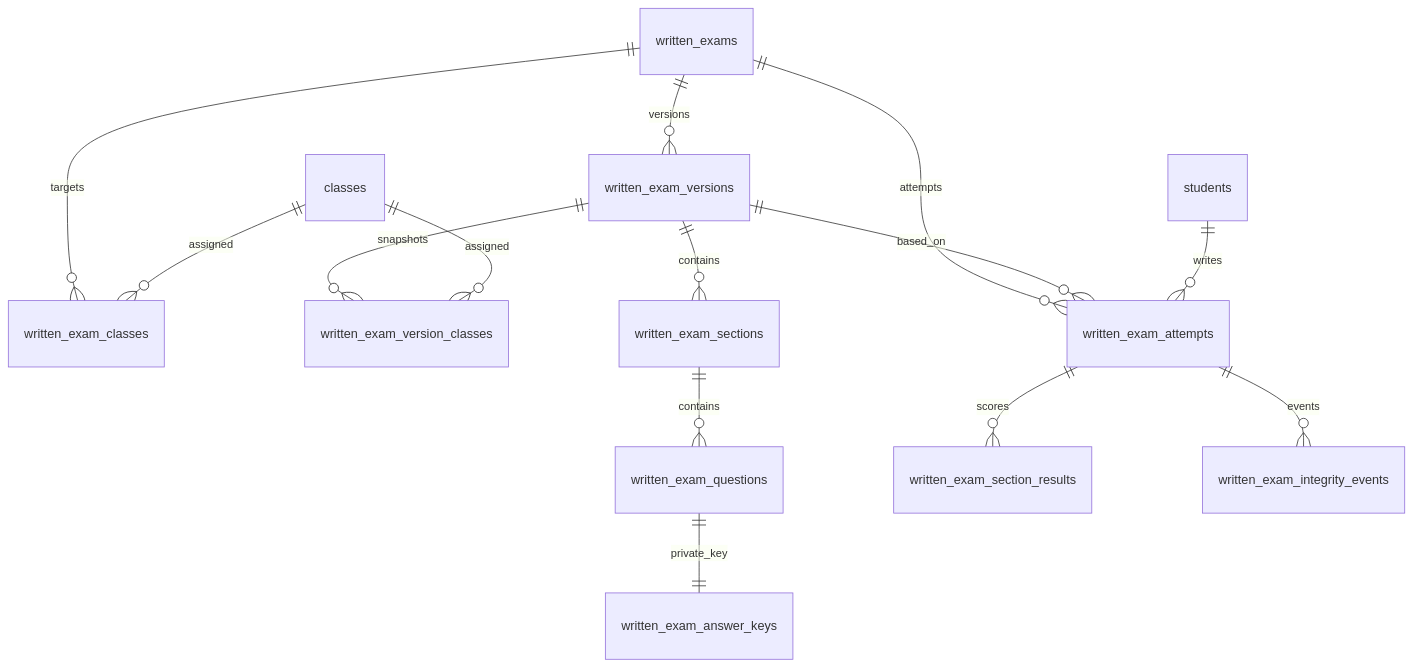
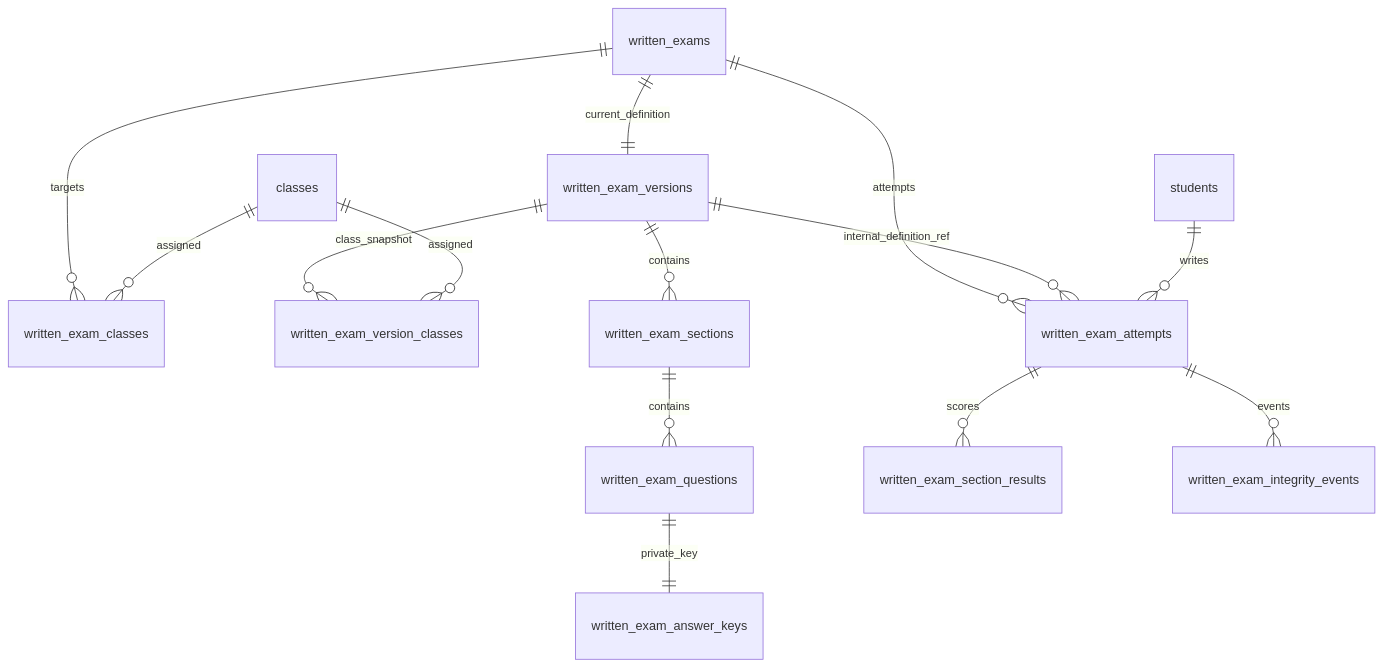
The diagram in docs/written-exams-database.md (AinaPercky/esame-italiano), drawn with Mermaid before and after one commit. The commit also changed other lines of this file, not shown here.

Commit message:
docs: document templates and single-definition exam model

````diff
--- a/docs/written-exams-database.md
+++ b/docs/written-exams-database.md
@@ -7,16 +7,16 @@
 ```mermaid
 erDiagram
-  written_exams ||--o{ written_exam_versions : versions
+  written_exams ||--|| written_exam_versions : current_definition
   written_exams ||--o{ written_exam_classes : targets
   classes ||--o{ written_exam_classes : assigned
-  written_exam_versions ||--o{ written_exam_version_classes : snapshots
+  written_exam_versions ||--o{ written_exam_version_classes : class_snapshot
   classes ||--o{ written_exam_version_classes : assigned
   written_exam_versions ||--o{ written_exam_sections : contains
   written_exam_sections ||--o{ written_exam_questions : contains
   written_exam_questions ||--|| written_exam_answer_keys : private_key
   written_exams ||--o{ written_exam_attempts : attempts
-  written_exam_versions ||--o{ written_exam_attempts : based_on
+  written_exam_versions ||--o{ written_exam_attempts : internal_definition_ref
   students ||--o{ written_exam_attempts : writes
   written_exam_attempts ||--o{ written_exam_section_results : scores
   written_exam_attempts ||--o{ written_exam_integrity_events : events
 ```
````
